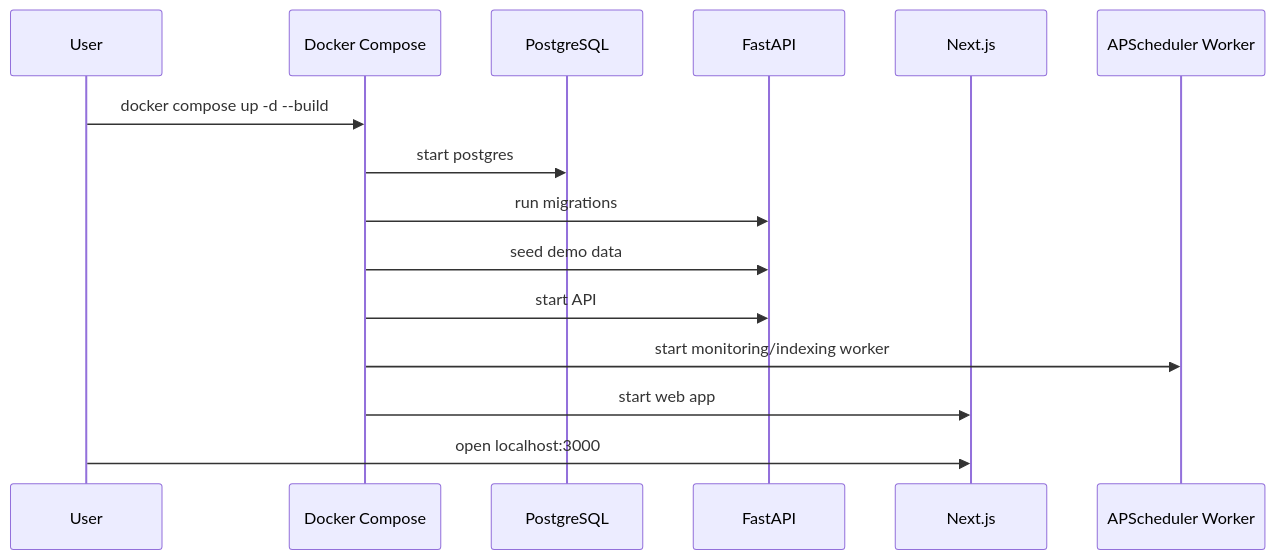
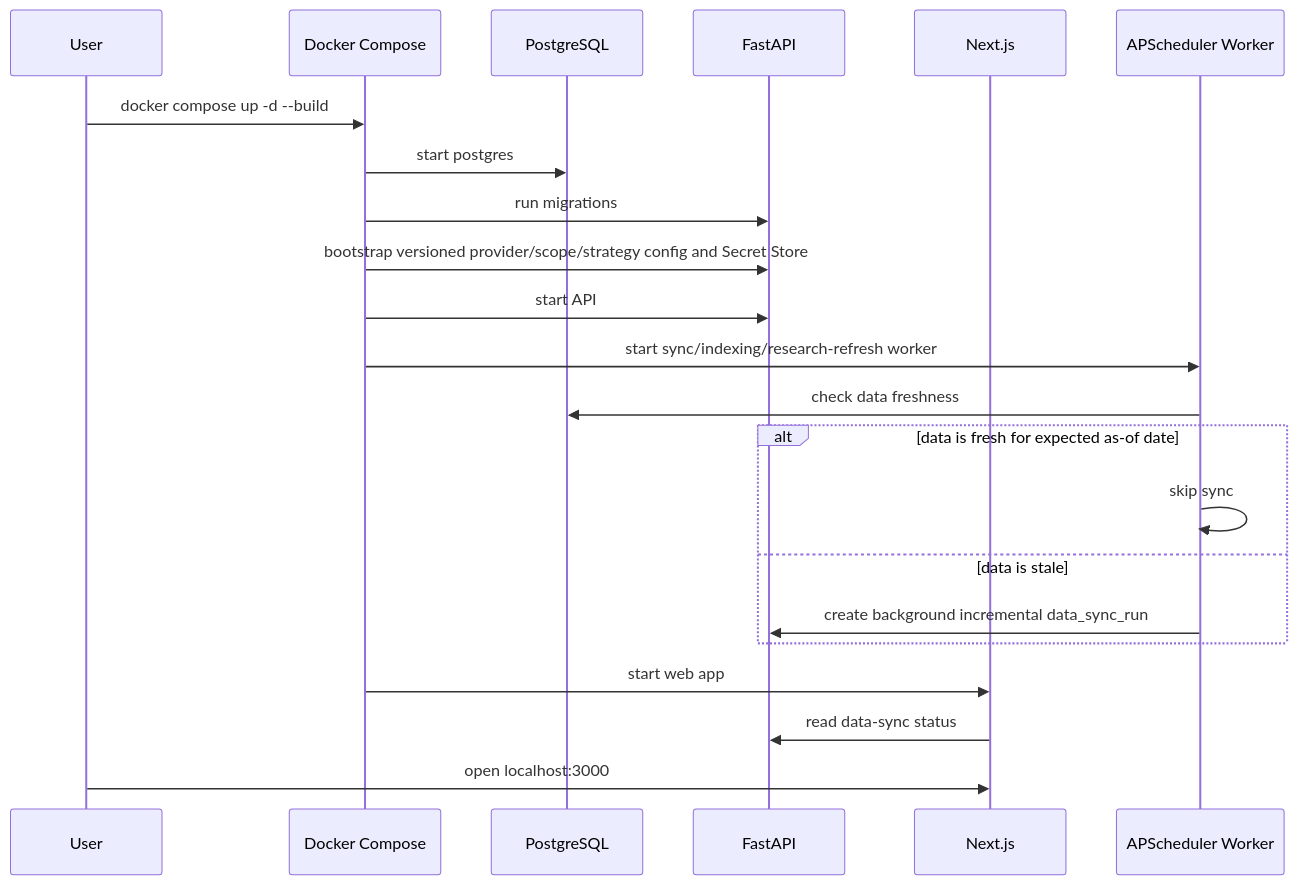
One commit to RickyW0529/Margin changed the third of 5 diagrams in docs/design/v0.2/product/Margin_Product_Design_v0.2_EN.md. Above: the diagram before and after it, drawn with Mermaid. The commit also changed other lines of this file and 469 other files, not shown here.

````diff
--- a/docs/design/v0.2/product/Margin_Product_Design_v0.2_EN.md
+++ b/docs/design/v0.2/product/Margin_Product_Design_v0.2_EN.md
@@ -144,18 +239,25 @@
 ```mermaid
 sequenceDiagram
     participant User
     participant Compose as Docker Compose
     participant DB as PostgreSQL
     participant API as FastAPI
     participant Web as Next.js
     participant Worker as APScheduler Worker
 
     User->>Compose: docker compose up -d --build
     Compose->>DB: start postgres
     Compose->>API: run migrations
-    Compose->>API: seed demo data
+    Compose->>API: bootstrap versioned provider/scope/strategy config and Secret Store
     Compose->>API: start API
-    Compose->>Worker: start monitoring/indexing worker
+    Compose->>Worker: start sync/indexing/research-refresh worker
+    Worker->>DB: check data freshness
+    alt data is fresh for expected as-of date
+        Worker->>Worker: skip sync
+    else data is stale
+        Worker->>API: create background incremental data_sync_run
+    end
     Compose->>Web: start web app
+    Web->>API: read data-sync status
     User->>Web: open localhost:3000
 ```
````
